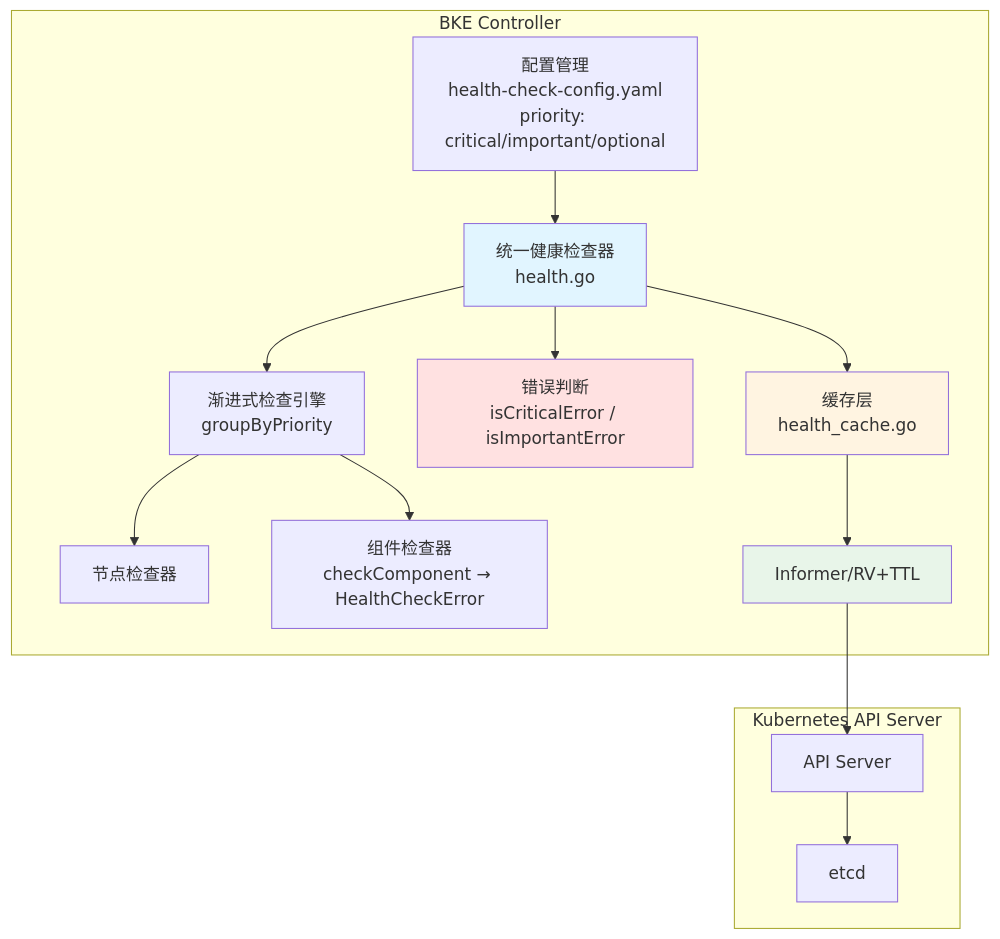
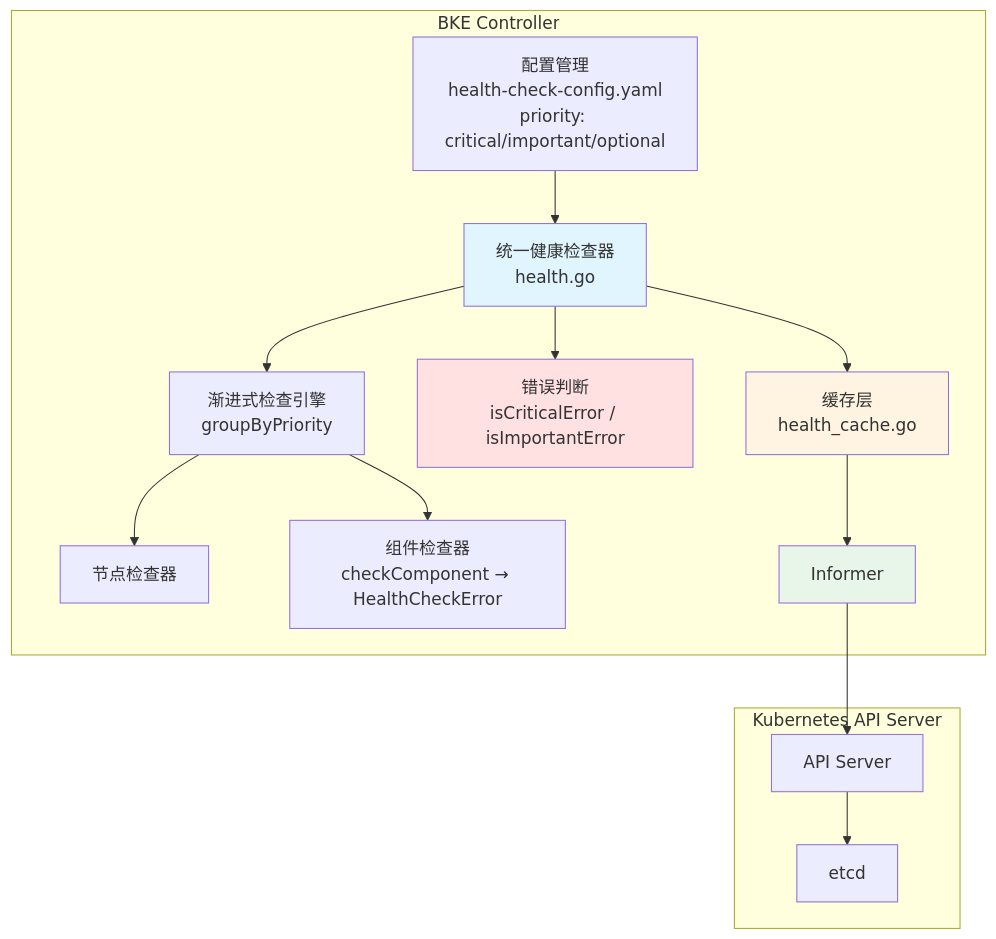
Before and after one commit to javadoors/cluster-api-provider-bke: the first of 7 diagrams in code/performance/report/health-check-convergence.md, drawn with Mermaid. The commit also changed other lines of this file, not shown here.

First line of the commit message:
docs(health-check): 删除数据流图中的RV+TTL分支

````diff
--- a/code/performance/report/health-check-convergence.md
+++ b/code/performance/report/health-check-convergence.md
@@ -916,25 +914,25 @@
 ```mermaid
 graph TB
     subgraph "BKE Controller"
         A[配置管理<br/>health-check-config.yaml<br/>priority: critical/important/optional] --> B[统一健康检查器<br/>health.go]
         B --> C[渐进式检查引擎<br/>groupByPriority]
         C --> D[节点检查器]
         C --> E[组件检查器<br/>checkComponent → HealthCheckError]
         B --> F[错误判断<br/>isCriticalError / isImportantError]
         B --> G[缓存层<br/>health_cache.go]
-        G --> H[Informer/RV+TTL]
+        G --> H[Informer]
     end
     
     subgraph "Kubernetes API Server"
         I[API Server]
         J[etcd]
     end
     
     H --> I
     I --> J
     
     style B fill:#e1f5ff
     style G fill:#fff4e1
     style H fill:#e8f5e9
     style F fill:#ffe1e1
 ```
````
